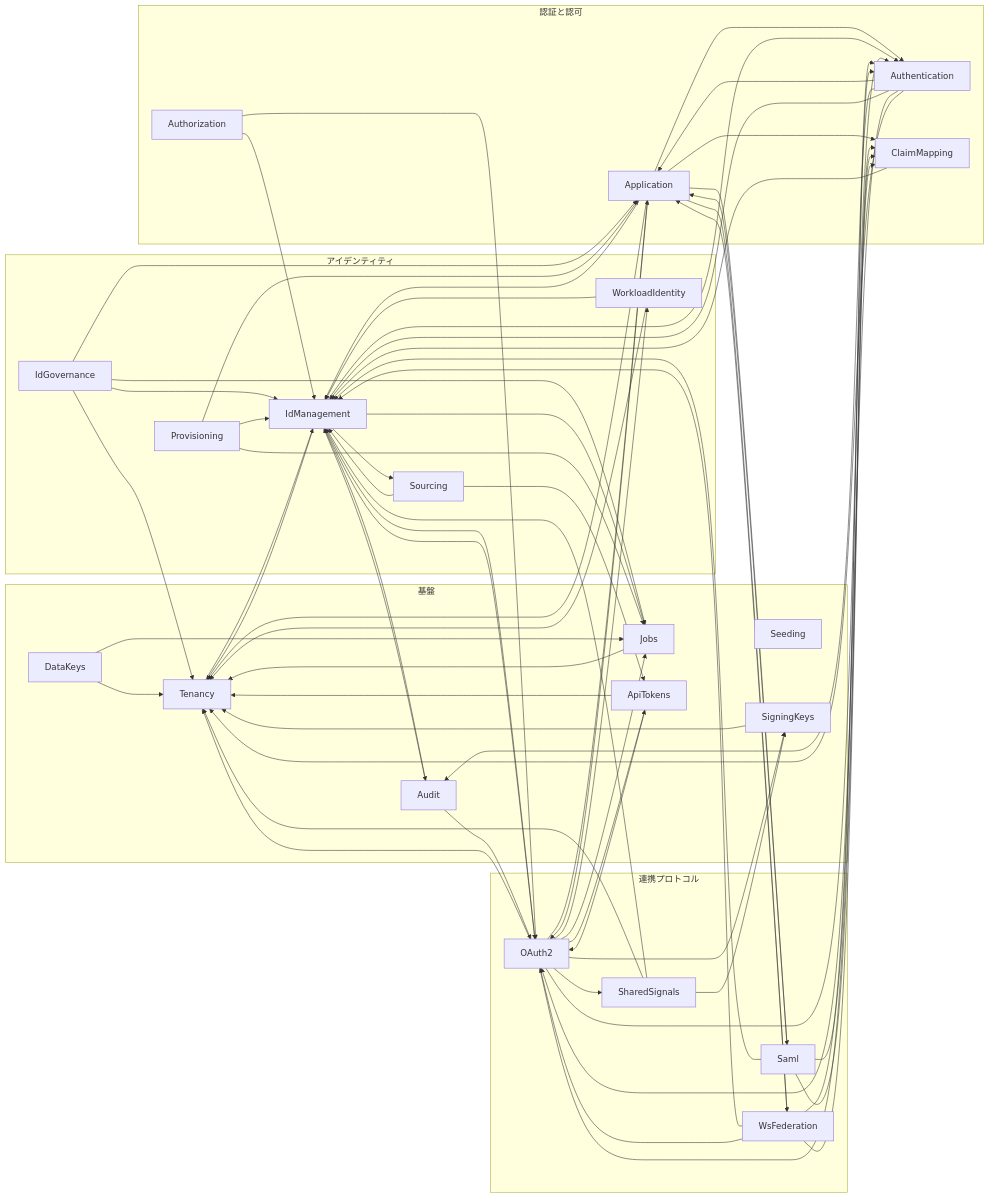
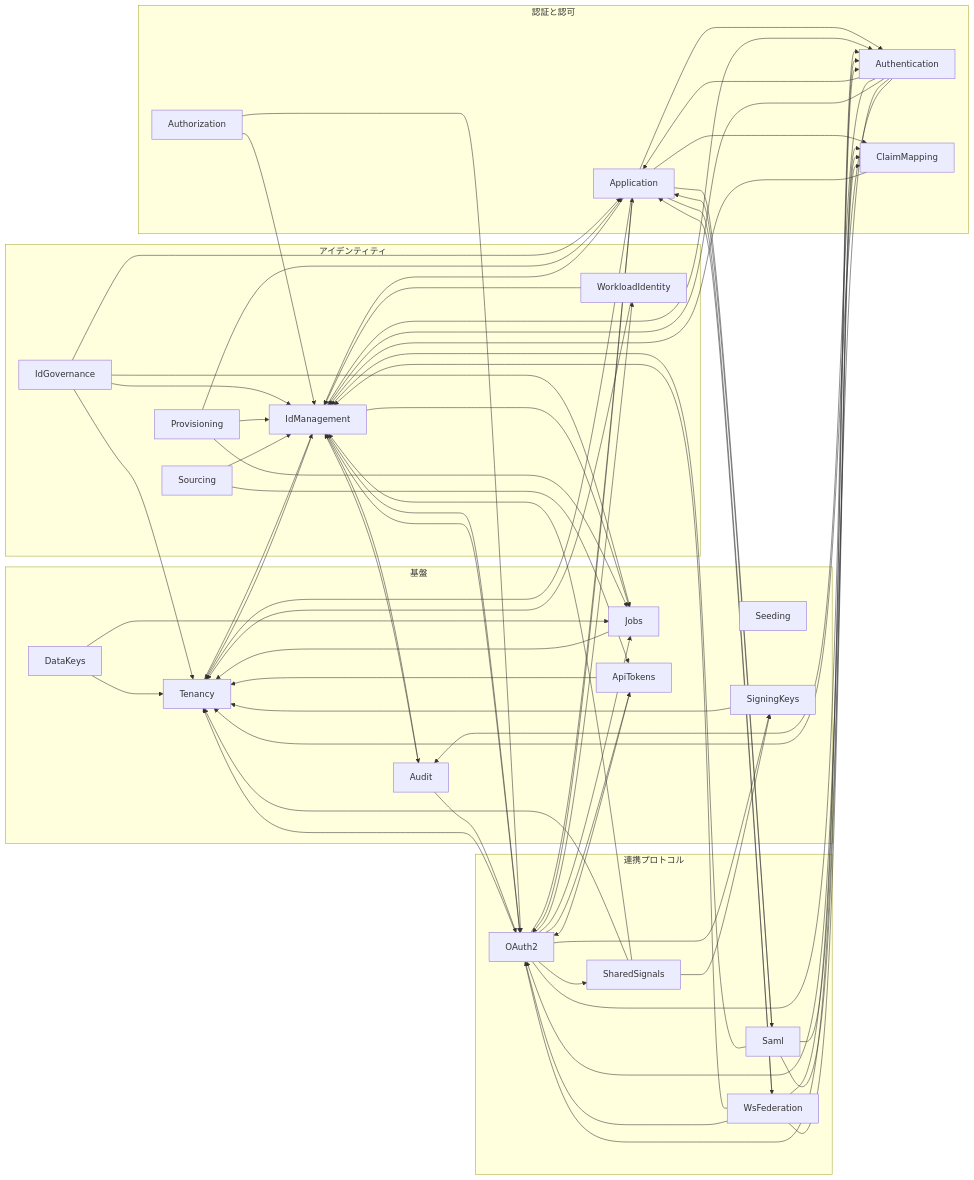
Before and after one commit to ambi/idmagic: the diagram in docs/modules/README.md, drawn with Mermaid. The commit also changed 14 other files, not shown here.

```diff
--- a/docs/modules/README.md
+++ b/docs/modules/README.md
@@ -155,7 +155,6 @@
   IdManagement --> Authentication
   IdManagement --> Jobs
   IdManagement --> OAuth2
-  IdManagement --> Sourcing
   IdManagement --> Tenancy
   Jobs --> Tenancy
   OAuth2 --> ApiTokens
```
